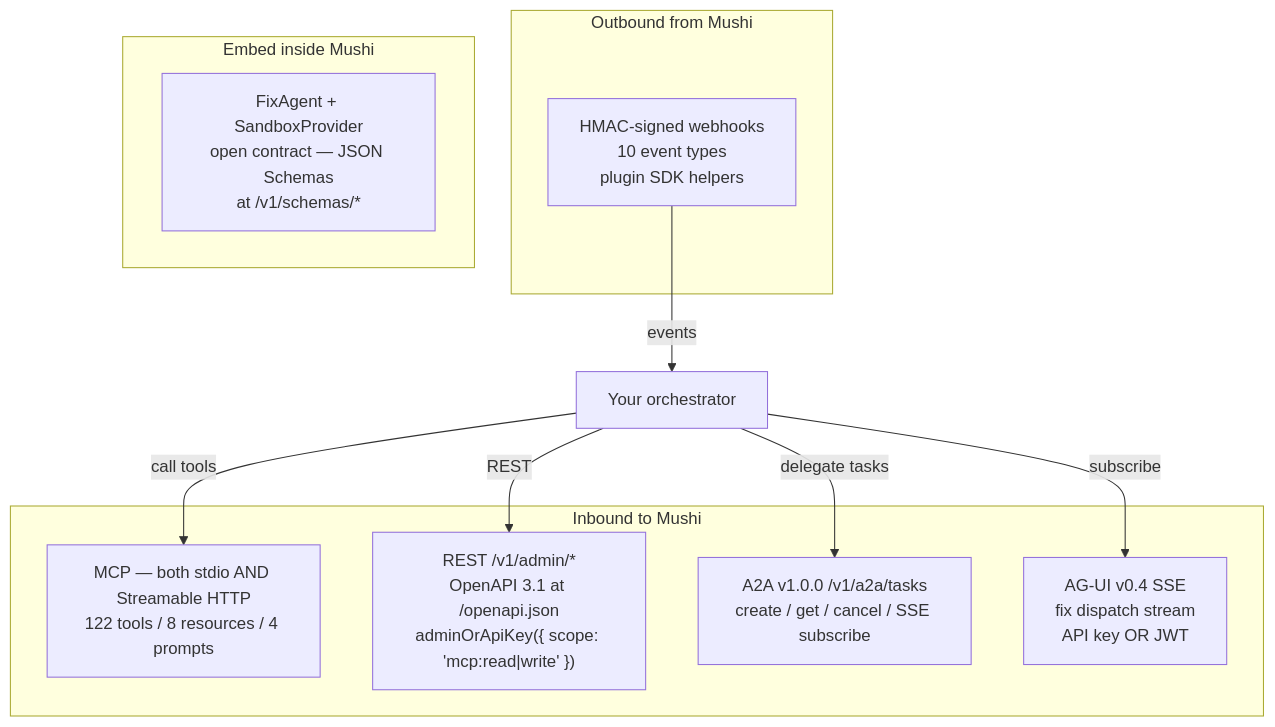
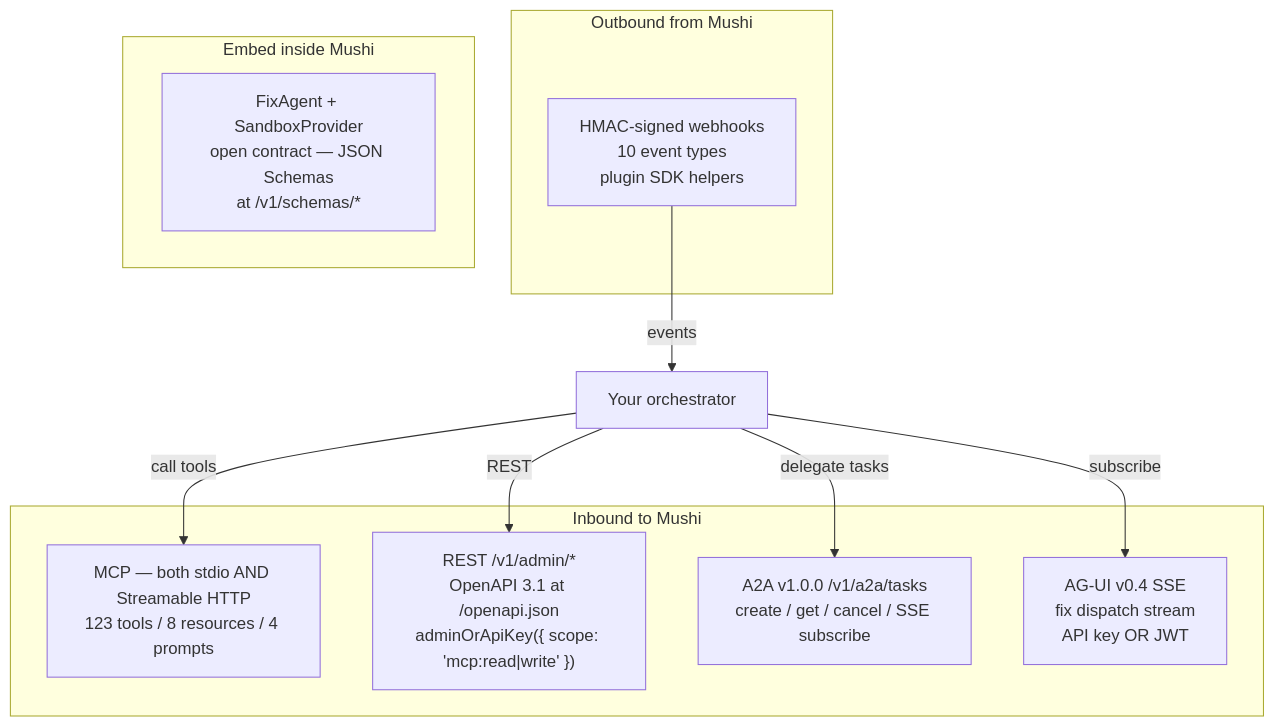
The diagram in apps/docs/content/concepts/orchestrator-interop.mdx (kensaurus/mushi-mushi), drawn with Mermaid before and after one commit. The commit also changed other lines of this file and 110 other files, not shown here.

````diff
--- a/apps/docs/content/concepts/orchestrator-interop.mdx
+++ b/apps/docs/content/concepts/orchestrator-interop.mdx
@@ -32,20 +32,20 @@
 ```mermaid
 flowchart TB
   subgraph Inbound["Inbound to Mushi"]
-    MCP["MCP — both stdio AND Streamable HTTP<br/>122 tools / 8 resources / 4 prompts"]
+    MCP["MCP — both stdio AND Streamable HTTP<br/>123 tools / 8 resources / 4 prompts"]
     REST["REST /v1/admin/*<br/>OpenAPI 3.1 at /openapi.json<br/>adminOrApiKey({ scope: 'mcp:read|write' })"]
     A2A["A2A v1.0.0 /v1/a2a/tasks<br/>create / get / cancel / SSE subscribe"]
     AGUI["AG-UI v0.4 SSE<br/>fix dispatch stream<br/>API key OR JWT"]
   end
   subgraph Outbound["Outbound from Mushi"]
     Hooks["HMAC-signed webhooks<br/>10 event types<br/>plugin SDK helpers"]
   end
   subgraph Native["Embed inside Mushi"]
     FA["FixAgent + SandboxProvider<br/>open contract — JSON Schemas<br/>at /v1/schemas/*"]
   end
   Orch["Your orchestrator"] -->|"call tools"| MCP
   Orch -->|"REST"| REST
   Orch -->|"delegate tasks"| A2A
   Orch -->|"subscribe"| AGUI
   Hooks -->|"events"| Orch
 ```
````
